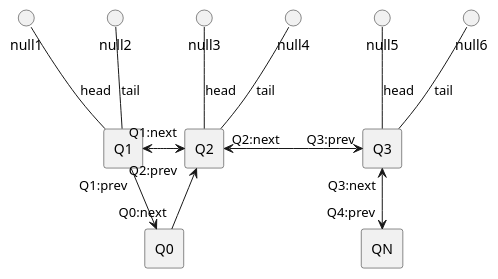
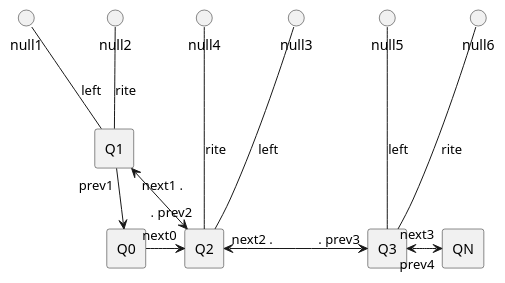
Before and after one commit to vitalispopoff/calculator: the diagram in src/docs/UML/convertToLocalTree/01.puml, drawn with PlantUML. The commit also changed 20 other files, not shown here.

```diff
--- a/src/docs/UML/convertToLocalTree/01.puml
+++ b/src/docs/UML/convertToLocalTree/01.puml
@@ -1,31 +1,31 @@
 @startuml
 
 rectangle Q0
 
 rectangle Q1
 rectangle Q2
 rectangle Q3
 
 rectangle QN
 
-Q0 <-up- "Q1:prev" Q1
+Q0  <-up- "prev1" Q1
 
-Q1  -up-() null2:tail
-Q1  -up-() null1:head
+Q1  -up-()  null2:"rite"
+Q1  -up-()  null1:"left"
 
-Q0 "Q0:next" -up-> Q2
-Q1 "Q1:next" <--right--> "Q2:prev" Q2
+Q0 "next0" -right-> Q2
+Q1 "next1 ." <-right-> ". prev2" Q2
 
 
-Q2  -up-() null4:tail
-Q2  -up-() null3:head
+Q2  --up-()  null4:"rite"
+Q2  --up-()  null3:"left"
 
-Q2 "Q2:next" <-right-> "Q3:prev" Q3
-
-Q3  -up-() null6:tail
-Q3  -up-() null5:head
-
-Q3 "Q3:next" <-down-> "Q4:prev" QN
+Q2 "next2 ." <-right-> ". prev3" Q3
 
 
+Q3  --up-()  null6:"rite"
+Q3  --up-()  null5:"left"
+
+Q3 "next3" <-right-> "prev4" QN
+
 @enduml
```
